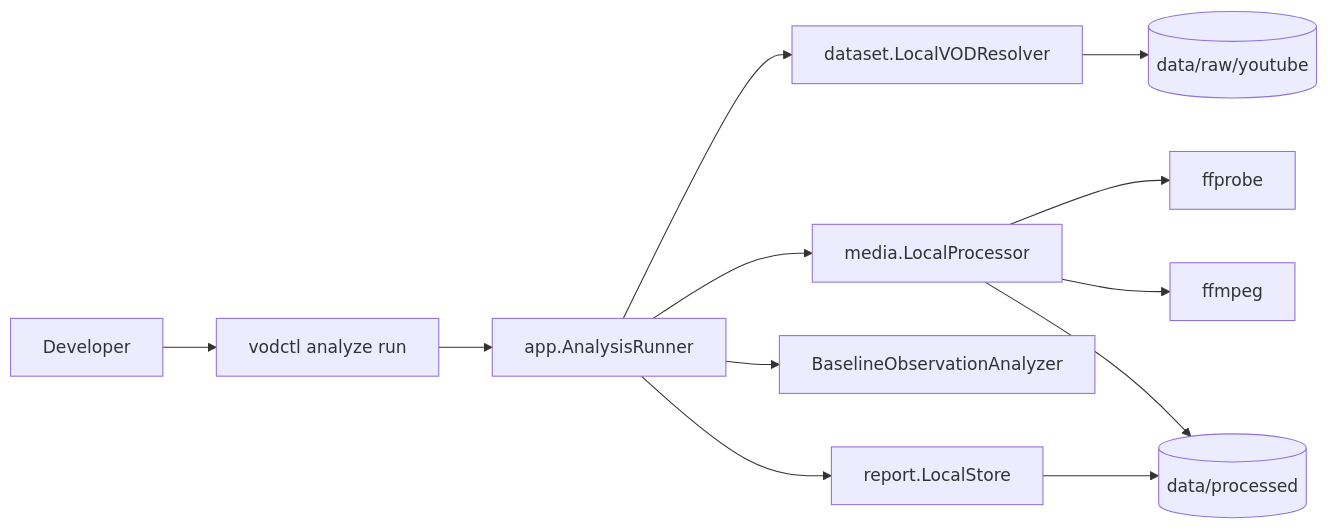
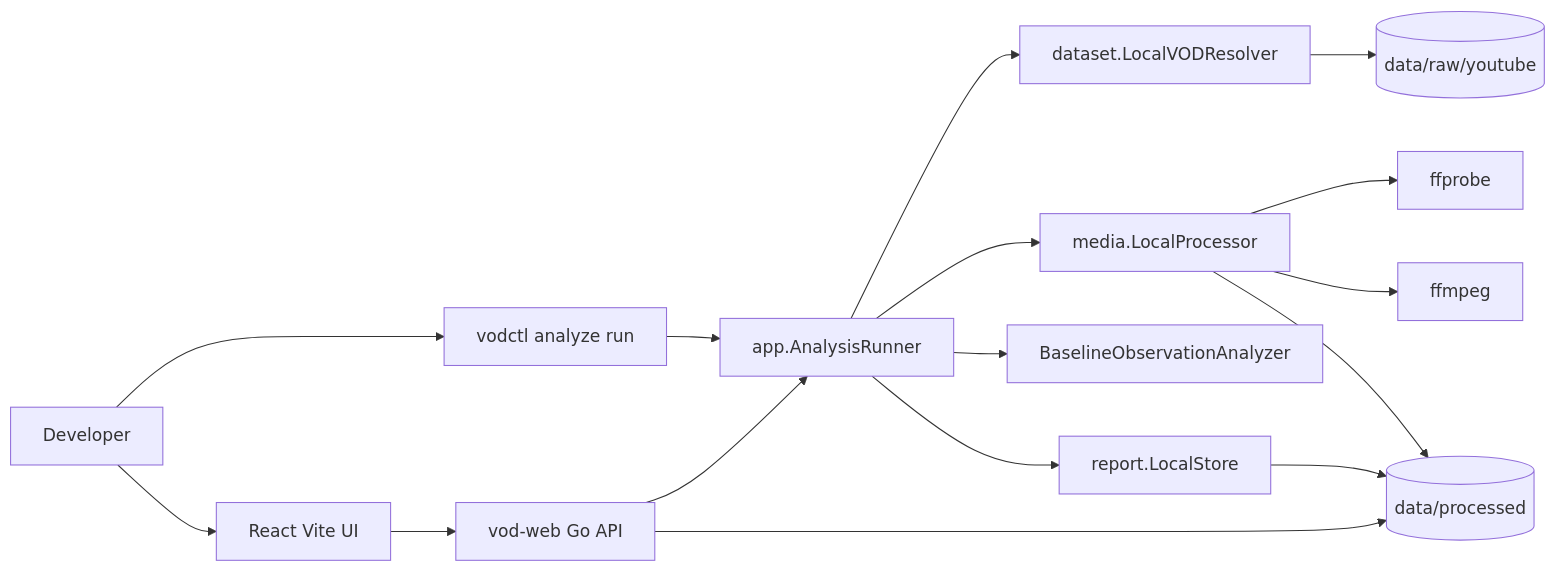
The first of 5 diagrams in docs/system-diagrams.md (Asklit/valorant-vod-coach), drawn with Mermaid before and after one commit. The commit also changed 17 other files, not shown here.

Commit message:
feat: add React web UI

````diff
--- a/docs/system-diagrams.md
+++ b/docs/system-diagrams.md
@@ -13,26 +13,32 @@
 ```mermaid
 flowchart LR
   user[Developer]
   cli[vodctl analyze run]
+  ui[React Vite UI]
+  api[vod-web Go API]
   runner[app.AnalysisRunner]
   resolver[dataset.LocalVODResolver]
   media[media.LocalProcessor]
   ffprobe[ffprobe]
   ffmpeg[ffmpeg]
   baseline[BaselineObservationAnalyzer]
   report[report.LocalStore]
   raw[(data/raw/youtube)]
   processed[(data/processed)]
 
   user --> cli
+  user --> ui
+  ui --> api
   cli --> runner
+  api --> runner
+  api --> processed
   runner --> resolver
   resolver --> raw
   runner --> media
   media --> ffprobe
   media --> ffmpeg
   media --> processed
   runner --> baseline
   runner --> report
   report --> processed
 ```
````
